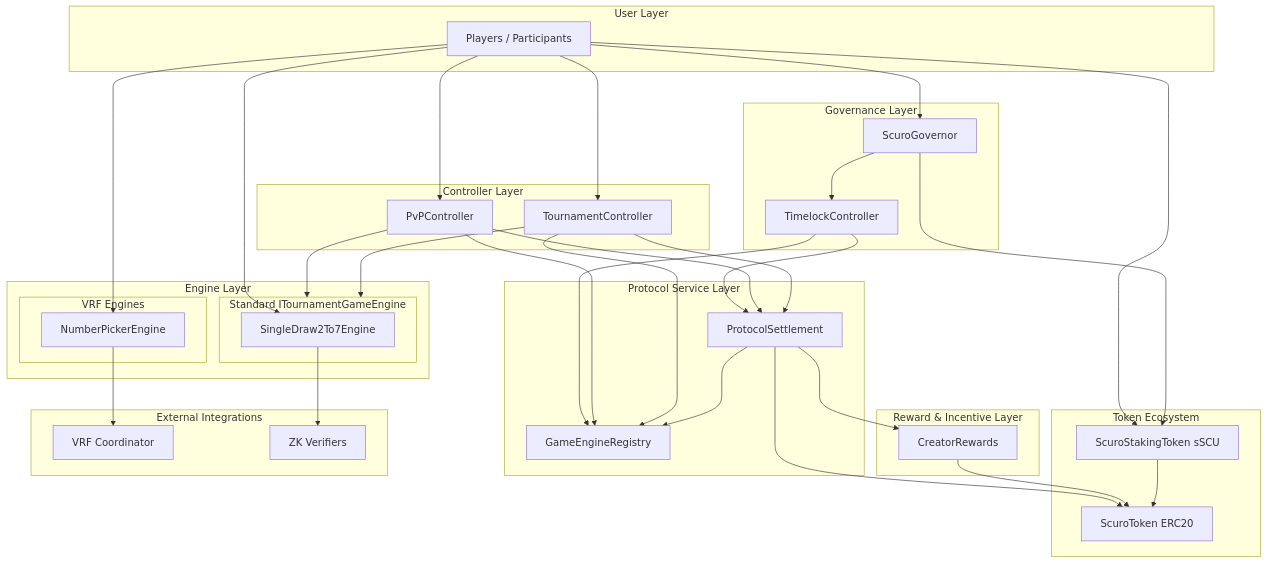
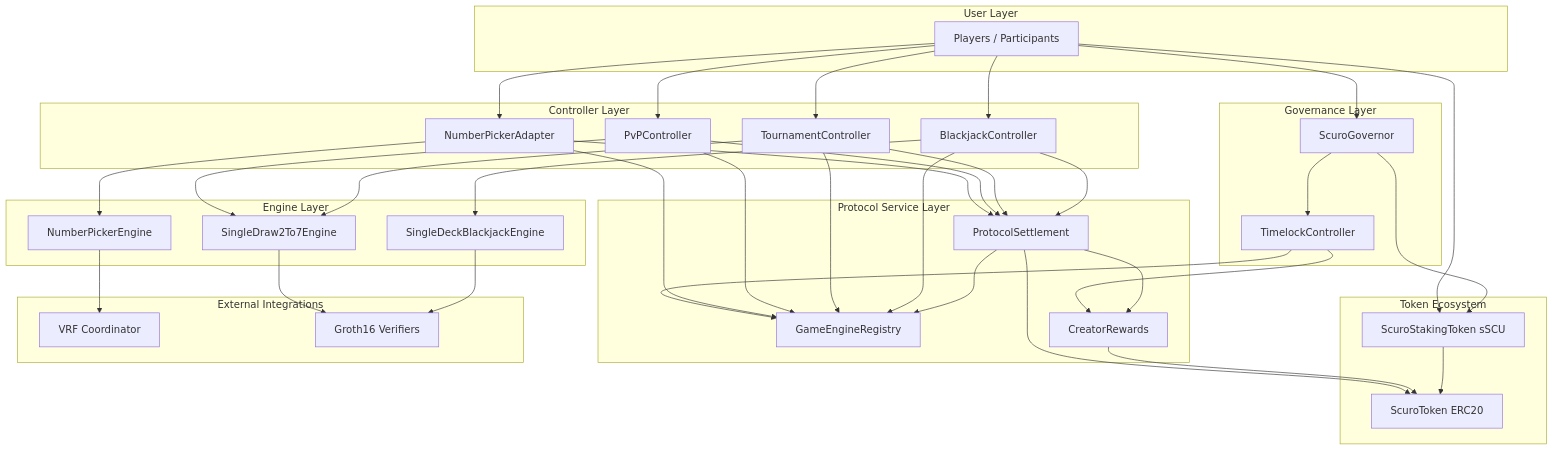
Before and after one commit to zachdt/scuro: the diagram in architecture_overview.md, drawn with Mermaid. The commit also changed other lines of this file and 44 other files, not shown here.

````diff
--- a/architecture_overview.md
+++ b/architecture_overview.md
@@ -7,76 +16,78 @@
 ```mermaid
 graph TB
     subgraph GovernanceLayer [Governance Layer]
         Governor[ScuroGovernor]
         Timelock[TimelockController]
     end
 
     subgraph UserLayer [User Layer]
         Player[Players / Participants]
     end
 
     subgraph ControllerLayer [Controller Layer]
-        PvPC[PvPController]
-        TournC[TournamentController]
+        Solo[NumberPickerAdapter]
+        PvP[PvPController]
+        Tourn[TournamentController]
+        BjCtrl[BlackjackController]
     end
 
     subgraph ServiceLayer [Protocol Service Layer]
         Settlement[ProtocolSettlement]
         Registry[GameEngineRegistry]
-    end
-
-    subgraph RewardLayer [Reward & Incentive Layer]
-        CRewards[CreatorRewards]
+        Rewards[CreatorRewards]
     end
 
     subgraph TokenLayer [Token Ecosystem]
-        SToken[ScuroToken ERC20]
-        SSToken[ScuroStakingToken sSCU]
+        Token[ScuroToken ERC20]
+        Stake[ScuroStakingToken sSCU]
     end
 
     subgraph EngineLayer [Engine Layer]
-        subgraph StandardEngines [Standard ITournamentGameEngine]
-            SDraw[SingleDraw2To7Engine]
-        end
-        subgraph VRFEngines [VRF Engines]
-            NPicker[NumberPickerEngine]
-        end
+        NumberPicker[NumberPickerEngine]
+        Poker[SingleDraw2To7Engine]
+        Blackjack[SingleDeckBlackjackEngine]
     end
 
     subgraph ExternalLayer [External Integrations]
         VRF[VRF Coordinator]
-        ZK[ZK Verifiers]
+        ZK[Groth16 Verifiers]
     end
 
-    %% Relationships
-    Player --> PvPC
-    Player --> TournC
-    Player --> SSToken
-    Player --> SDraw
-    Player --> NPicker
+    Player --> Solo
+    Player --> PvP
+    Player --> Tourn
+    Player --> BjCtrl
+    Player --> Stake
     Player --> Governor
 
     Governor --> Timelock
-    Governor --> SSToken
-    Timelock --> Settlement
+    Governor --> Stake
     Timelock --> Registry
+    Timelock --> Rewards
 
-    PvPC --> Settlement
-    PvPC --> Registry
-    PvPC --> StandardEngines
+    Solo --> Settlement
+    Solo --> Registry
+    Solo --> NumberPicker
 
-    TournC --> Settlement
-    TournC --> Registry
-    TournC --> StandardEngines
+    PvP --> Settlement
+    PvP --> Registry
+    PvP --> Poker
 
-    Settlement --> SToken
+    Tourn --> Settlement
+    Tourn --> Registry
+    Tourn --> Poker
+
+    BjCtrl --> Settlement
+    BjCtrl --> Registry
+    BjCtrl --> Blackjack
+
+    Settlement --> Token
     Settlement --> Registry
-    Settlement --> CRewards
+    Settlement --> Rewards
+    Rewards --> Token
+    Stake --> Token
 
-    CRewards --> SToken
-
-    SSToken --> SToken
-
-    NPicker --> VRF
-    SDraw --> ZK
+    NumberPicker --> VRF
+    Poker --> ZK
+    Blackjack --> ZK
 ```
````
